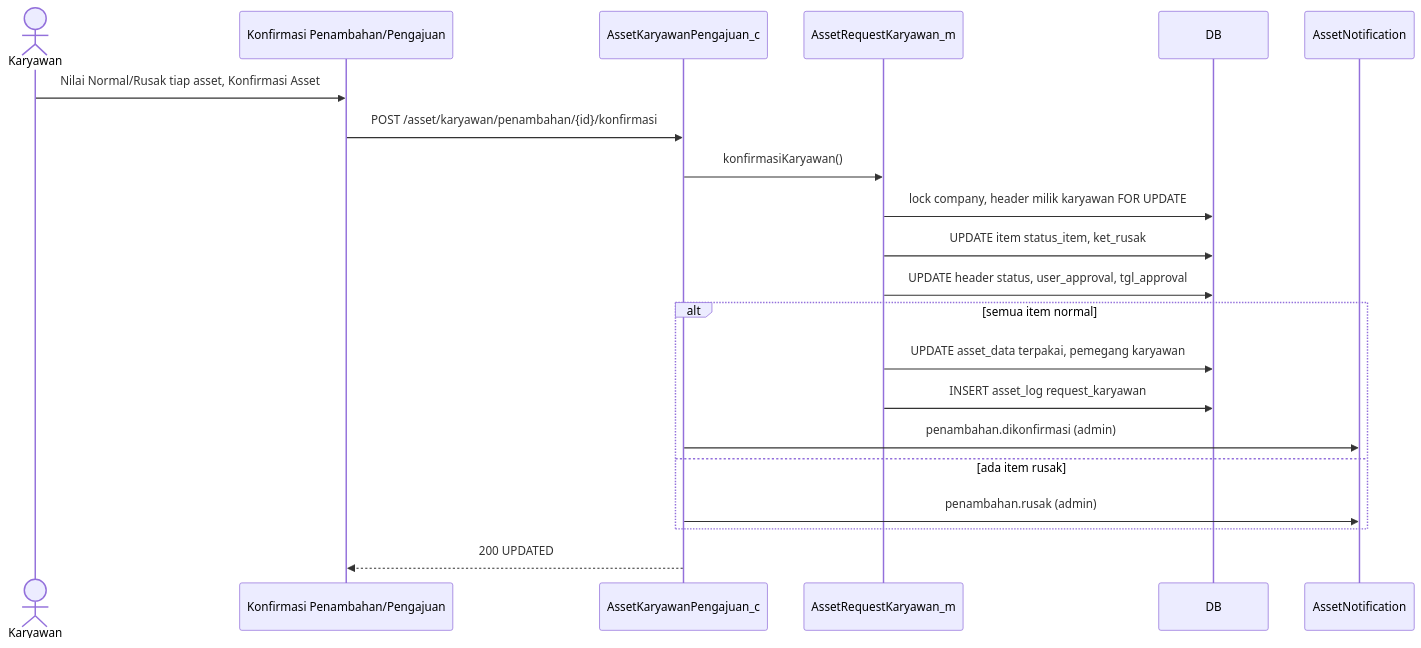
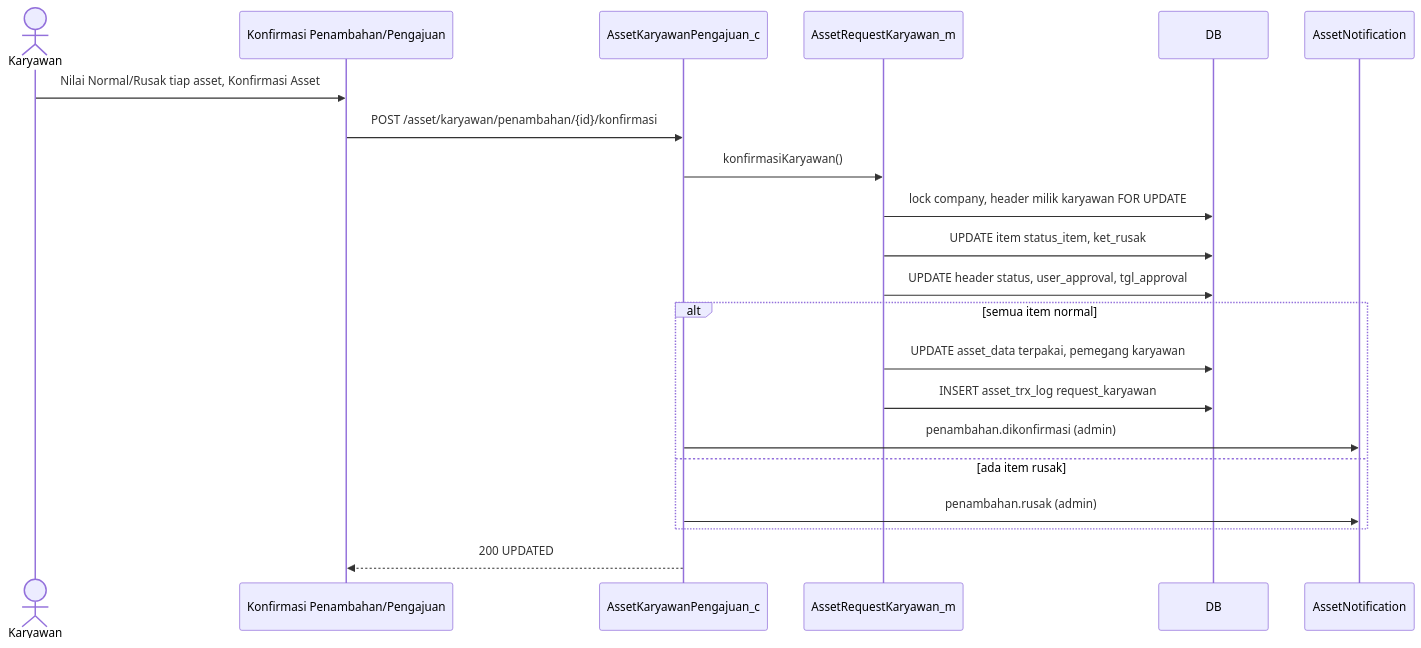
One commit to setiyawan12/DOKUMENTASI-ASSET changed the third of 5 diagrams in dokumentasi-asset-request-penambahan-karyawan.md. Above: the diagram before and after it, drawn with Mermaid. The commit also changed other lines of this file and 34 other files, not shown here.

````diff
--- a/dokumentasi-asset-request-penambahan-karyawan.md
+++ b/dokumentasi-asset-request-penambahan-karyawan.md
@@ -317,24 +317,24 @@
 ```mermaid
 sequenceDiagram
     actor K as Karyawan
     participant M as Konfirmasi Penambahan/Pengajuan
     participant C as AssetKaryawanPengajuan_c
     participant R as AssetRequestKaryawan_m
     participant DB
     participant N as AssetNotification
 
     K->>M: Nilai Normal/Rusak tiap asset, Konfirmasi Asset
     M->>C: POST /asset/karyawan/penambahan/{id}/konfirmasi
     C->>R: konfirmasiKaryawan()
     R->>DB: lock company, header milik karyawan FOR UPDATE
     R->>DB: UPDATE item status_item, ket_rusak
     R->>DB: UPDATE header status, user_approval, tgl_approval
     alt semua item normal
         R->>DB: UPDATE asset_data terpakai, pemegang karyawan
-        R->>DB: INSERT asset_log request_karyawan
+        R->>DB: INSERT asset_trx_log request_karyawan
         C->>N: penambahan.dikonfirmasi (admin)
     else ada item rusak
         C->>N: penambahan.rusak (admin)
     end
     C-->>M: 200 UPDATED
 ```
````
